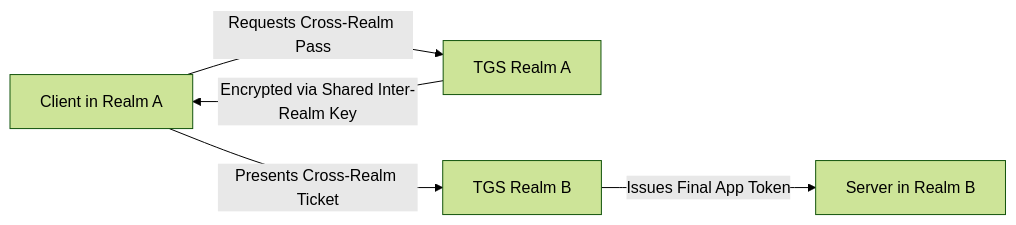
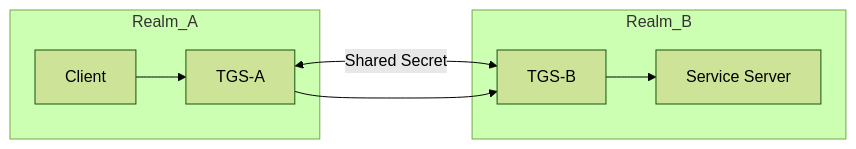
Before and after one commit to namaewafaisal/Obsidian_Vault: the fourth of 4 diagrams in 03-Academics/Network_Security/Kerberos.md, drawn with Mermaid (forest theme). The commit also changed other lines of this file and 1 other file, not shown here.

````diff
--- a/03-Academics/Network_Security/Kerberos.md
+++ b/03-Academics/Network_Security/Kerberos.md
@@ -111,7 +341,19 @@
 ```mermaid
-graph LR
-    ClientA[Client in Realm A] -->|Requests Cross-Realm Pass| TGS_A[TGS Realm A]
-    TGS_A -->|Encrypted via Shared Inter-Realm Key| ClientA
-    ClientA -->|Presents Cross-Realm Ticket| TGS_B[TGS Realm B]
-    TGS_B -->|Issues Final App Token| TargetS[Server in Realm B]
+flowchart LR
+
+    subgraph Realm_A
+        C[Client]
+        TGSA[TGS-A]
+    end
+
+    subgraph Realm_B
+        TGSB[TGS-B]
+        S[Service Server]
+    end
+
+    TGSA <-- Shared Secret --> TGSB
+
+    C --> TGSA
+    TGSA --> TGSB
+    TGSB --> S
 ```
````
